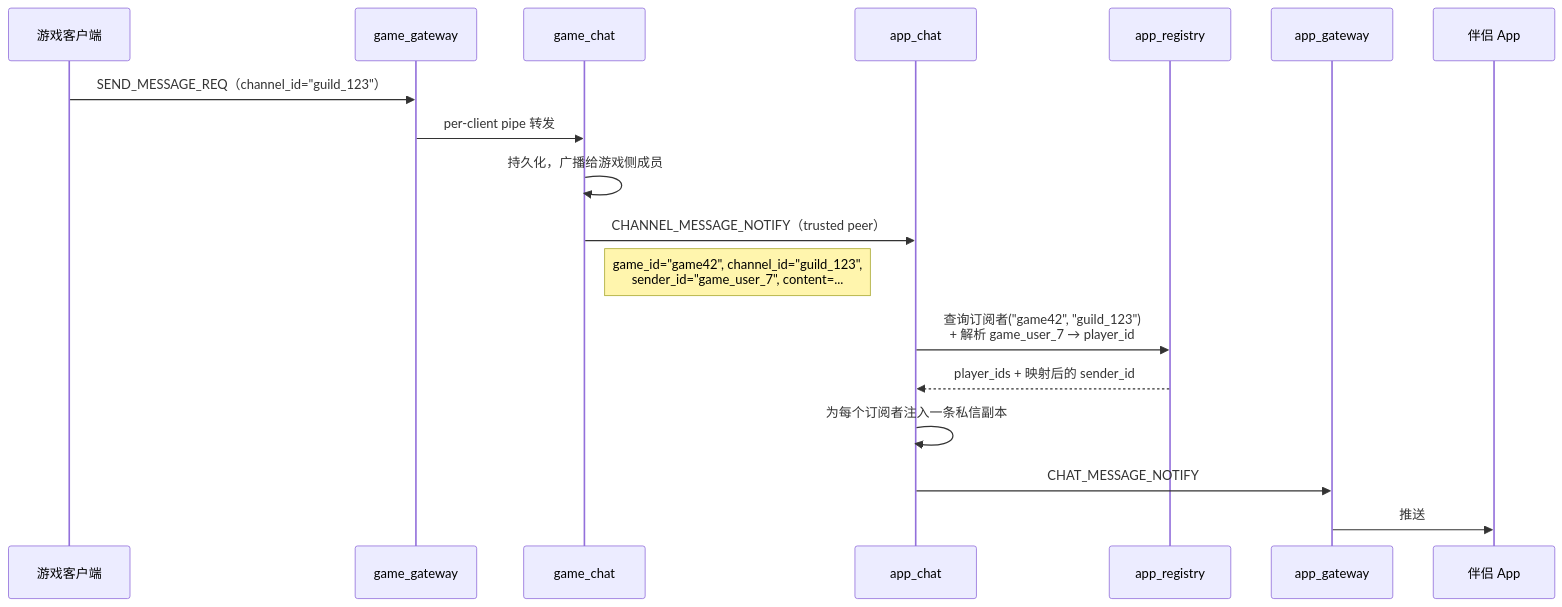
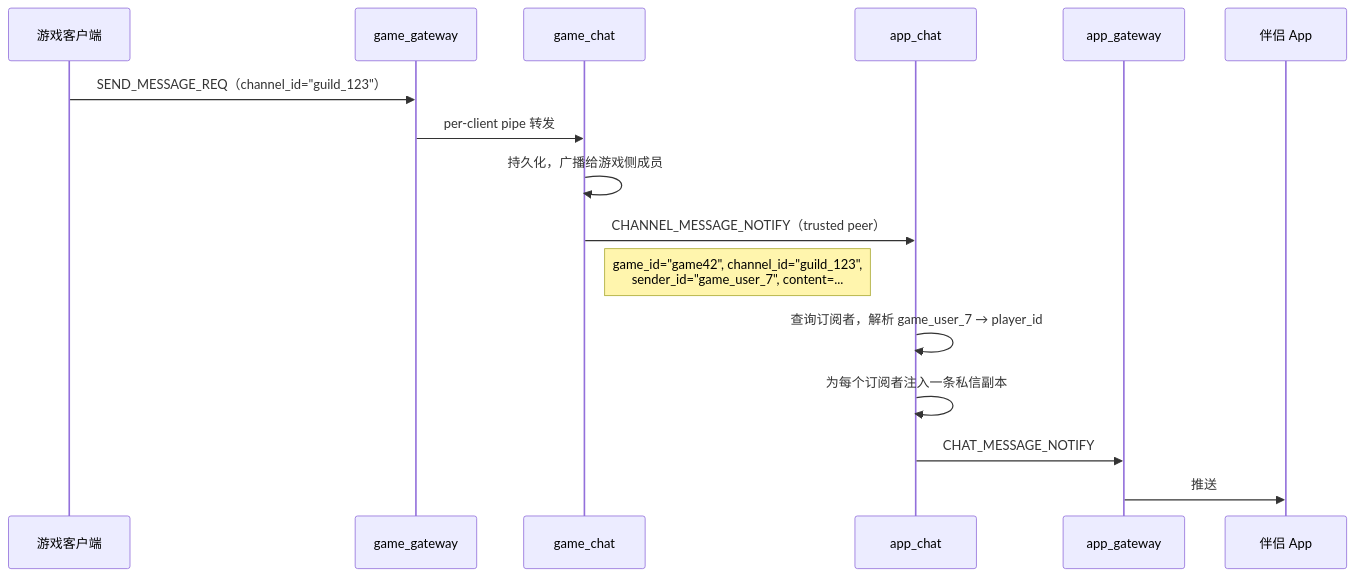
The third of 5 diagrams in docs/architecture.md (cuihairu/chirp), drawn with Mermaid before and after one commit. The commit also changed other lines of this file and 2 other files, not shown here.

First line of the commit message:
docs: simplify to 5 components, auth renamed to app_auth

````diff
--- a/docs/architecture.md
+++ b/docs/architecture.md
@@ -160,21 +157,19 @@
 ```mermaid
 sequenceDiagram
     participant C as 游戏客户端
     participant G as game_gateway
     participant GC as game_chat
     participant AC as app_chat
-    participant AR as app_registry
     participant AG as app_gateway
     participant A as 伴侣 App
 
     C->>G: SEND_MESSAGE_REQ（channel_id="guild_123"）
     G->>GC: per-client pipe 转发
     GC->>GC: 持久化，广播给游戏侧成员
     GC->>AC: CHANNEL_MESSAGE_NOTIFY（trusted peer）
     Note right of GC: game_id="game42", channel_id="guild_123",<br/>sender_id="game_user_7", content=...
-    AC->>AR: 查询订阅者("game42", "guild_123")<br/>+ 解析 game_user_7 → player_id
-    AR-->>AC: player_ids + 映射后的 sender_id
+    AC->>AC: 查询订阅者，解析 game_user_7 → player_id
     AC->>AC: 为每个订阅者注入一条私信副本
     AC->>AG: CHAT_MESSAGE_NOTIFY
     AG->>A: 推送
 ```
````
